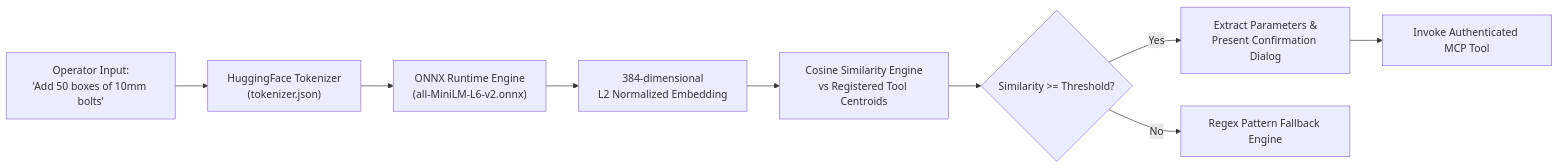
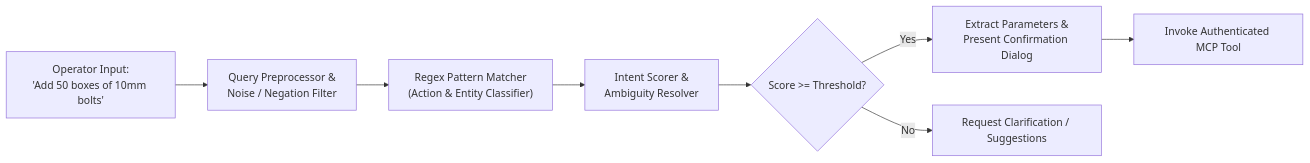
One commit to atheeq01/erp-mcp-dotnet-tauri changed the fourth of 4 diagrams in README.md. Above: the diagram before and after it, drawn with Mermaid. The commit also changed other lines of this file and 62 other files, not shown here.

First line of the commit message:
**refactor(intent): replace ONNX semantic engine with regex matcher and add customer details to orders**

````diff
--- a/README.md
+++ b/README.md
@@ -151,11 +151,10 @@
 ```mermaid
 flowchart LR
-    UserInput["Operator Input:<br/>'Add 50 boxes of 10mm bolts'"] --> Tokenizer["HuggingFace Tokenizer<br/>(tokenizer.json)"]
-    Tokenizer --> ONNX["ONNX Runtime Engine<br/>(all-MiniLM-L6-v2.onnx)"]
-    ONNX --> Vector["384-dimensional<br/>L2 Normalized Embedding"]
-    Vector --> Matcher["Cosine Similarity Engine<br/>vs Registered Tool Centroids"]
-    Matcher --> Decision{"Similarity >= Threshold?"}
+    UserInput["Operator Input:<br/>'Add 50 boxes of 10mm bolts'"] --> Preprocessor["Query Preprocessor &<br/>Noise / Negation Filter"]
+    Preprocessor --> RegexMatcher["Regex Pattern Matcher<br/>(Action & Entity Classifier)"]
+    RegexMatcher --> Scoring["Intent Scorer &<br/>Ambiguity Resolver"]
+    Scoring --> Decision{"Score >= Threshold?"}
     Decision -- Yes --> Formulate["Extract Parameters &<br/>Present Confirmation Dialog"]
-    Decision -- No --> RegexFallback["Regex Pattern Fallback Engine"]
+    Decision -- No --> Ambiguous["Request Clarification / Suggestions"]
     Formulate --> Execution["Invoke Authenticated MCP Tool"]
 ```
````
